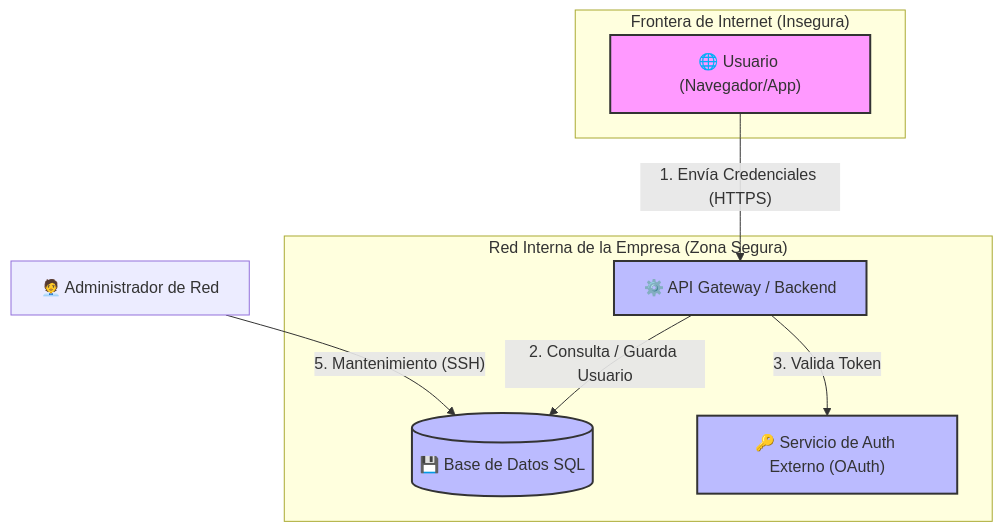
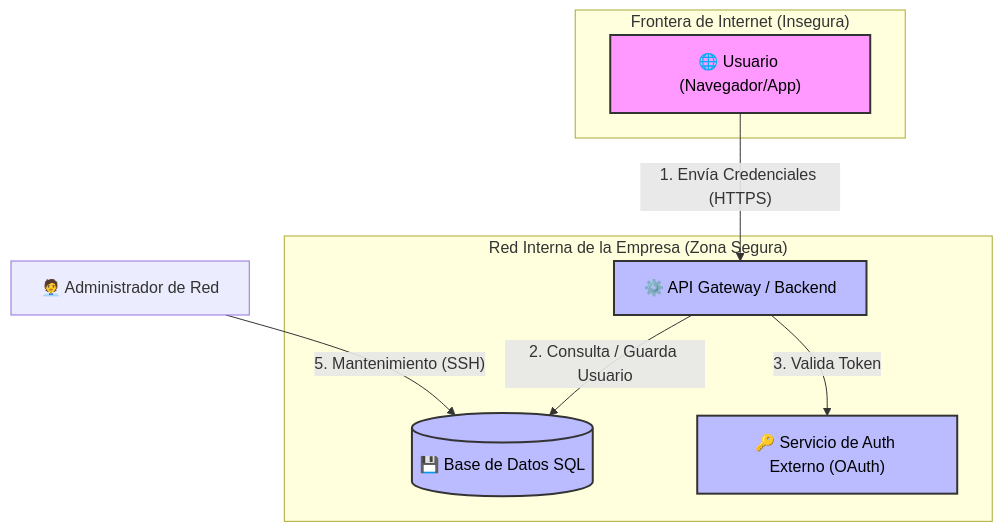
One commit to andreamillanics-ux/Practica2.md changed the diagram in Practica2.md. Above: the diagram before and after it, drawn with Mermaid.

Commit message:
Practica2.md

````diff
--- a/Practica2.md
+++ b/Practica2.md
@@ -11,28 +11,28 @@
 ```mermaid
 graph TD
-    %% Definición de Estilos y Fronteras de Confianza
-    classDef internet fill:#f9f,stroke:#333,stroke-width:2px;
-    classDef secureZone fill:#bbf,stroke:#333,stroke-width:2px;
+    %% Definición de Estilos con texto oscuro visible (#000000)
+    classDef internet fill:#f9f,stroke:#333,stroke-width:2px,color:#000000;
+    classDef secureZone fill:#bbf,stroke:#333,stroke-width:2px,color:#000000;
 
     %% Actores y Componentes
     Usuario["🌐 Usuario (Navegador/App)"] -->|"1. Envía Credenciales (HTTPS)"| API["⚙️ API Gateway / Backend"]
     Admin["🧑‍💼 Administrador de Red"] -->|"5. Mantenimiento (SSH)"| BD[("💾 Base de Datos SQL")]
 
     API -->|"2. Consulta / Guarda Usuario"| BD
     API -->|"3. Valida Token"| Auth["🔑 Servicio de Auth Externo (OAuth)"]
 
     %% Fronteras de Confianza
     subgraph "Frontera de Internet (Insegura)"
         Usuario
     end
 
     subgraph "Red Interna de la Empresa (Zona Segura)"
         API
         BD
         Auth
     end
 
     %% Aplicar Estilos
     class Usuario internet;
     class API,BD,Auth secureZone;
 ```
````
